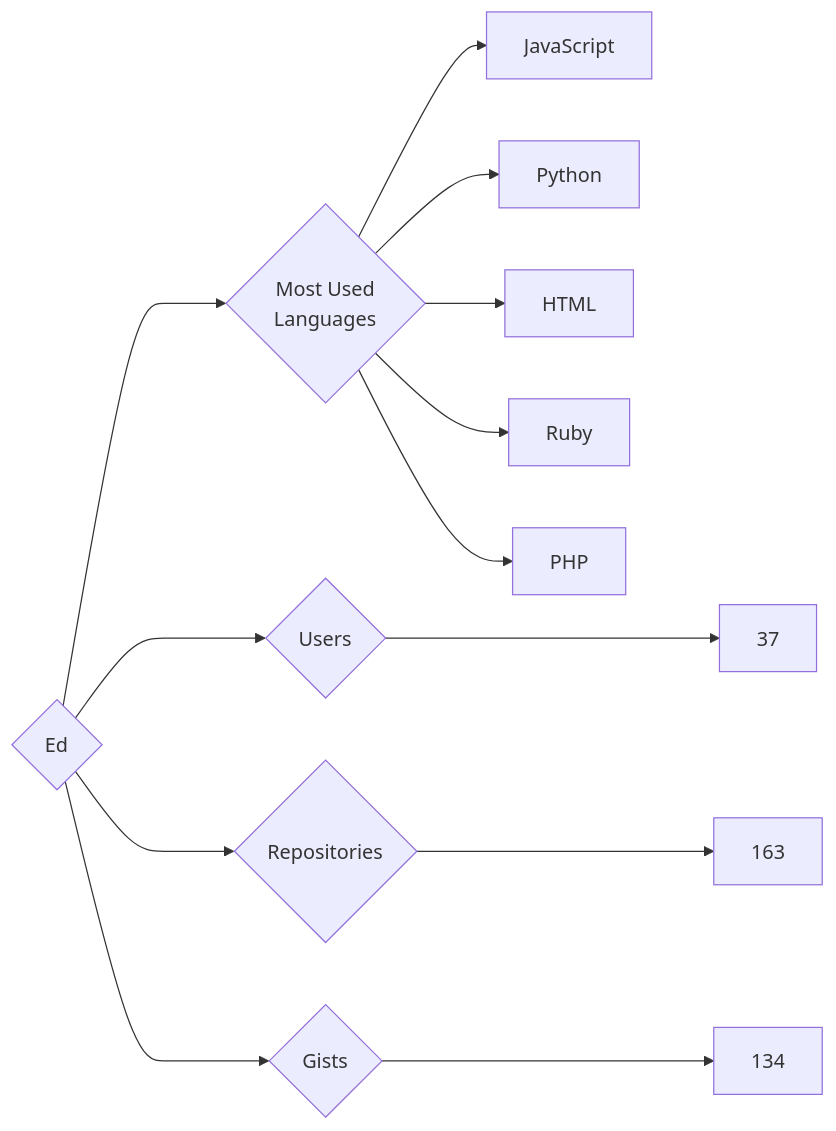
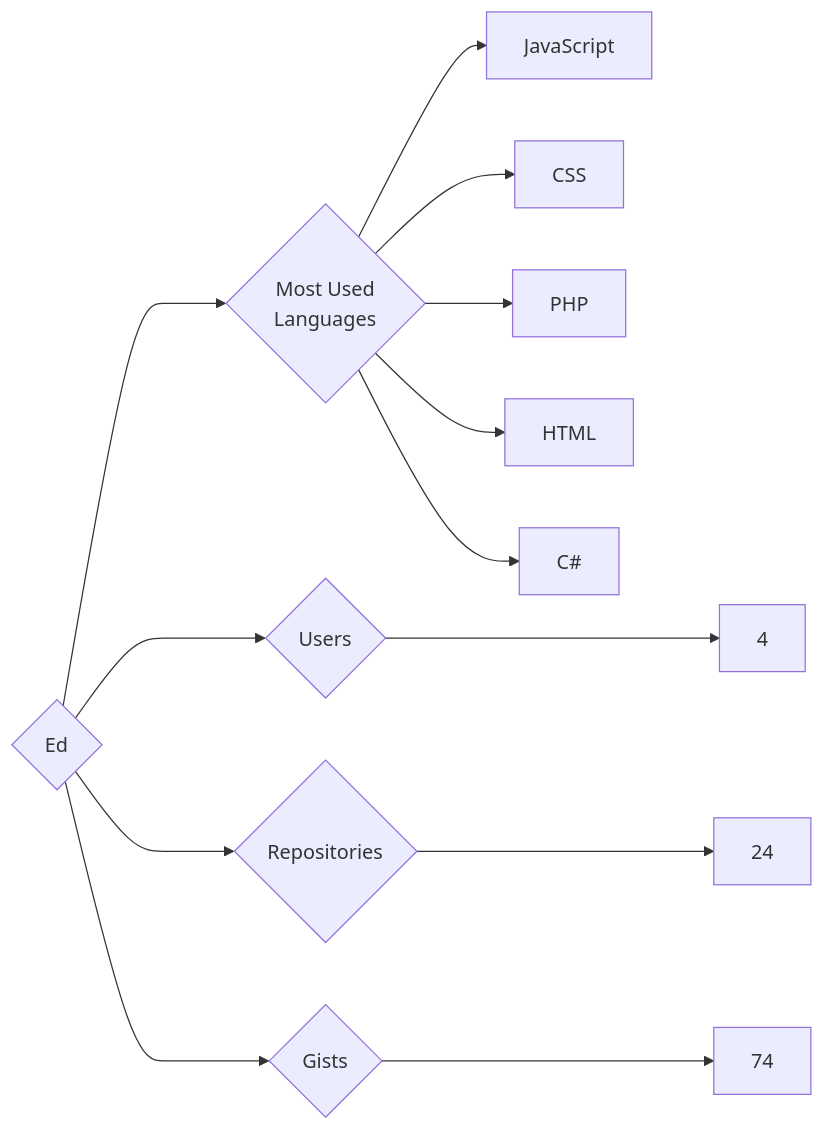
The diagram in targets/Ed/README.md (trickest/insiders), drawn with Mermaid before and after one commit. The commit also changed 888 other files, not shown here.

````diff
--- a/targets/Ed/README.md
+++ b/targets/Ed/README.md
@@ -3,13 +3,13 @@
 ```mermaid
 graph LR
 COMPANY_NAME{Ed}
-COMPANY_NAME ---> U{Users} ---> UN[37]
-COMPANY_NAME ---> R{Repositories} ---> RN[163]
-COMPANY_NAME ---> G{Gists} ---> GN[134]
+COMPANY_NAME ---> U{Users} ---> UN[4]
+COMPANY_NAME ---> R{Repositories} ---> RN[24]
+COMPANY_NAME ---> G{Gists} ---> GN[74]
 COMPANY_NAME ---> ML{Most Used<br>Languages}
 ML --> JavaScript[JavaScript]
-ML --> Python[Python]
+ML --> CSS[CSS]
+ML --> PHP[PHP]
 ML --> HTML[HTML]
-ML --> Ruby[Ruby]
-ML --> PHP[PHP]
+ML --> C#[C#]
 ```
````
